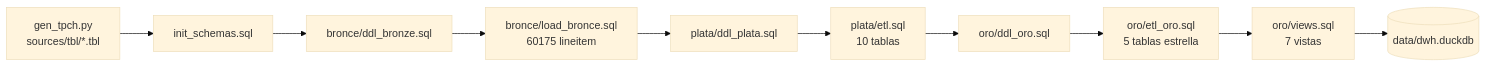
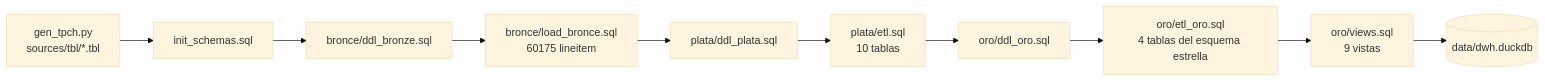
The first of 3 diagrams in docs/validacion_etl.md (CaletOrtiz/sql-datawarehouse-project), drawn with Mermaid (base theme) before and after one commit. The commit also changed other lines of this file and 4 other files, not shown here.

Commit message:
Update ETL documentation and validation scripts to reflect changes in gold views count

````diff
--- a/docs/validacion_etl.md
+++ b/docs/validacion_etl.md
@@ -8,12 +8,12 @@
 ```mermaid
 flowchart LR
     A[gen_tpch.py<br/>sources/tbl/*.tbl] --> B[init_schemas.sql]
     B --> C[bronce/ddl_bronze.sql]
     C --> D[bronce/load_bronce.sql<br/>60175 lineitem]
     D --> E[plata/ddl_plata.sql]
     E --> F[plata/etl.sql<br/>10 tablas]
     F --> G[oro/ddl_oro.sql]
-    G --> H[oro/etl_oro.sql<br/>5 tablas estrella]
-    H --> I[oro/views.sql<br/>7 vistas]
+    G --> H[oro/etl_oro.sql<br/>4 tablas del esquema estrella]
+    H --> I[oro/views.sql<br/>9 vistas]
     I --> J[(data/dwh.duckdb)]
 ```
````
